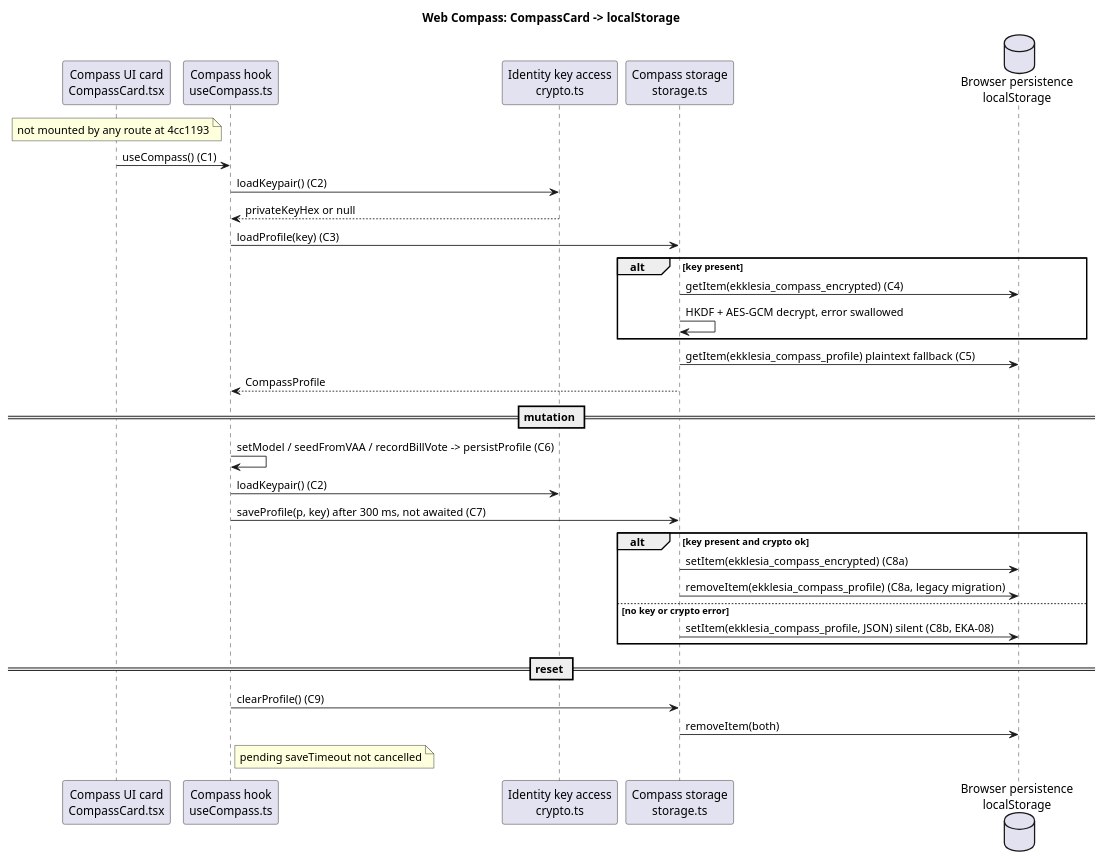
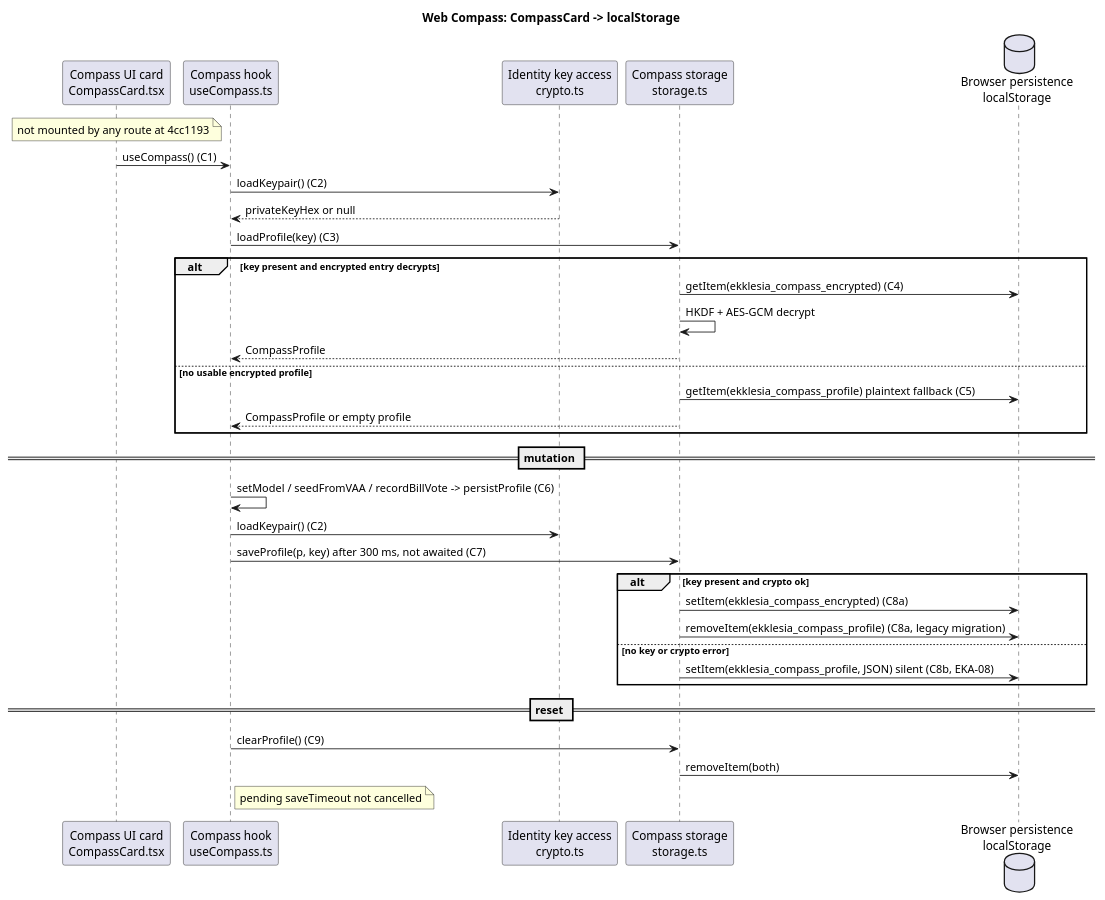
One commit to NeaBouli/pnyx changed the second of 2 diagrams in docs/architecture/main-path.puml. Above: the diagram before and after it, drawn with PlantUML. The commit also changed 2 other files, not shown here.

Commit message:
docs(architecture): correct EKA-08 fallback trace (T-487)

```diff
--- a/docs/architecture/main-path.puml
+++ b/docs/architecture/main-path.puml
@@ -39,38 +39,40 @@
 @startuml
 ' EKA-08 main path — built behaviour at base 4cc1193 (no fix simulated); EKA-18 sequence above unchanged
 title Web Compass: CompassCard -> localStorage
 
 participant "Compass UI card\nCompassCard.tsx" as CARD
 participant "Compass hook\nuseCompass.ts" as HOOK
 participant "Identity key access\ncrypto.ts" as KEYS
 participant "Compass storage\nstorage.ts" as STORE
 database "Browser persistence\nlocalStorage" as LS
 
 note over CARD : not mounted by any route at 4cc1193
 CARD -> HOOK : useCompass() (C1)
 HOOK -> KEYS : loadKeypair() (C2)
 KEYS --> HOOK : privateKeyHex or null
 HOOK -> STORE : loadProfile(key) (C3)
-alt key present
+alt key present and encrypted entry decrypts
   STORE -> LS : getItem(ekklesia_compass_encrypted) (C4)
-  STORE -> STORE : HKDF + AES-GCM decrypt, error swallowed
+  STORE -> STORE : HKDF + AES-GCM decrypt
+  STORE --> HOOK : CompassProfile
+else no usable encrypted profile
+  STORE -> LS : getItem(ekklesia_compass_profile) plaintext fallback (C5)
+  STORE --> HOOK : CompassProfile or empty profile
 end
-STORE -> LS : getItem(ekklesia_compass_profile) plaintext fallback (C5)
-STORE --> HOOK : CompassProfile
 
 == mutation ==
 HOOK -> HOOK : setModel / seedFromVAA / recordBillVote -> persistProfile (C6)
 HOOK -> KEYS : loadKeypair() (C2)
 HOOK -> STORE : saveProfile(p, key) after 300 ms, not awaited (C7)
 alt key present and crypto ok
   STORE -> LS : setItem(ekklesia_compass_encrypted) (C8a)
   STORE -> LS : removeItem(ekklesia_compass_profile) (C8a, legacy migration)
 else no key or crypto error
   STORE -> LS : setItem(ekklesia_compass_profile, JSON) silent (C8b, EKA-08)
 end
 
 == reset ==
 HOOK -> STORE : clearProfile() (C9)
 STORE -> LS : removeItem(both)
 note right of HOOK : pending saveTimeout not cancelled
 @enduml
```
